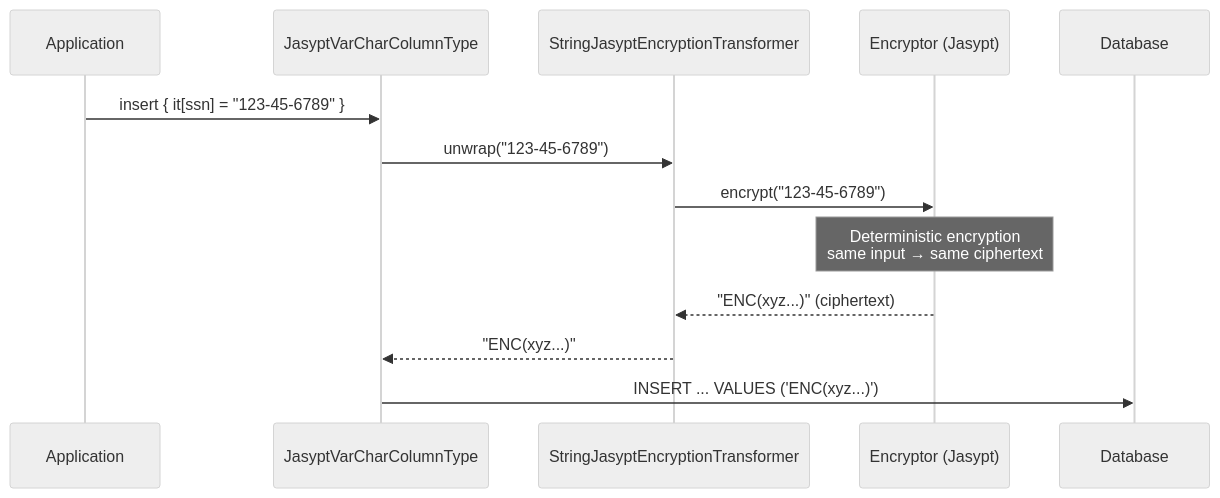
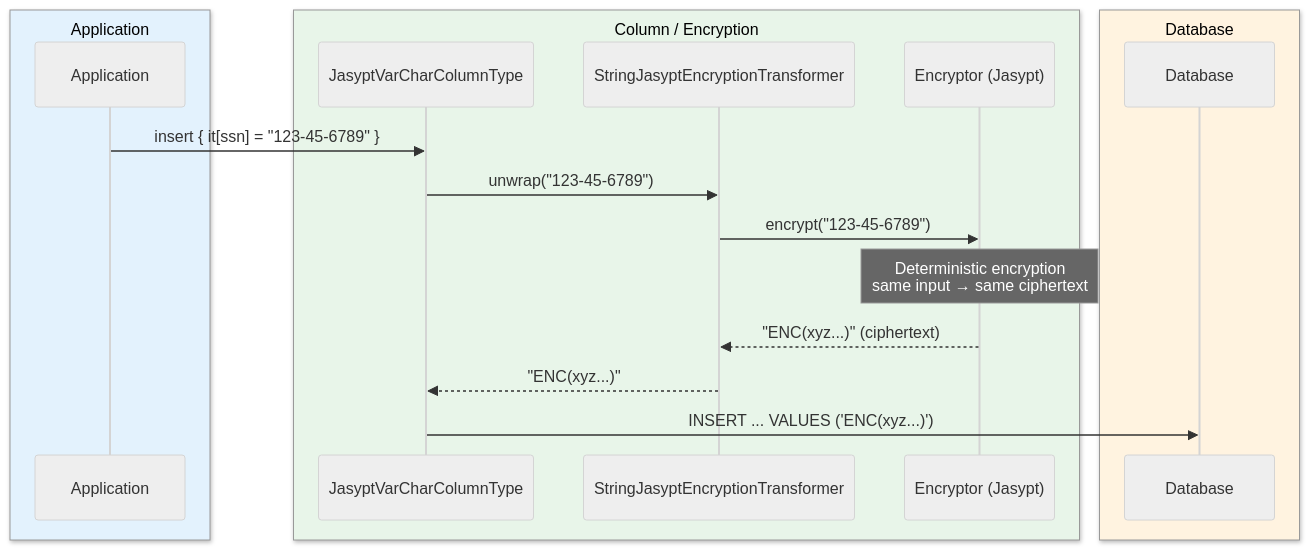
The third of 4 diagrams in data/exposed-jasypt/README.md (bluetape4k/bluetape4k-projects), drawn with Mermaid (neutral theme) before and after one commit. The commit also changed other lines of this file and 221 other files, not shown here.

First line of the commit message:
docs: 전체 모듈 README UML 다이어그램 보강 및 색상 업그레이드

````diff
--- a/data/exposed-jasypt/README.md
+++ b/data/exposed-jasypt/README.md
@@ -172,16 +184,22 @@
 ```mermaid
 sequenceDiagram
-    participant App as Application
-    participant Col as JasyptVarCharColumnType
-    participant Tx as StringJasyptEncryptionTransformer
-    participant Enc as Encryptor (Jasypt)
-    participant DB as Database
+    box rgb(227, 242, 253) Application
+        participant App as Application
+    end
+    box rgb(232, 245, 233) Column / Encryption
+        participant Col as JasyptVarCharColumnType
+        participant Tx as StringJasyptEncryptionTransformer
+        participant Enc as Encryptor (Jasypt)
+    end
+    box rgb(255, 243, 224) Database
+        participant DB as Database
+    end
 
     App->>Col: insert { it[ssn] = "123-45-6789" }
     Col->>Tx: unwrap("123-45-6789")
     Tx->>Enc: encrypt("123-45-6789")
     Note over Enc: Deterministic encryption<br/>same input → same ciphertext
     Enc-->>Tx: "ENC(xyz...)" (ciphertext)
     Tx-->>Col: "ENC(xyz...)"
     Col->>DB: INSERT ... VALUES ('ENC(xyz...)')
 ```
````
